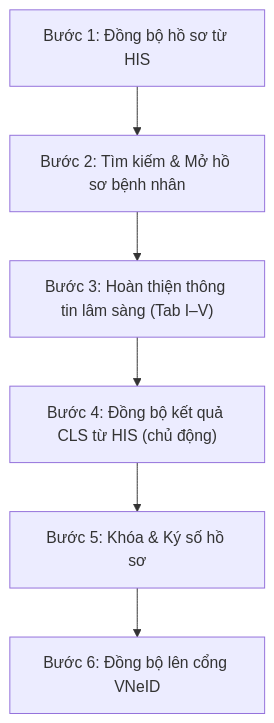
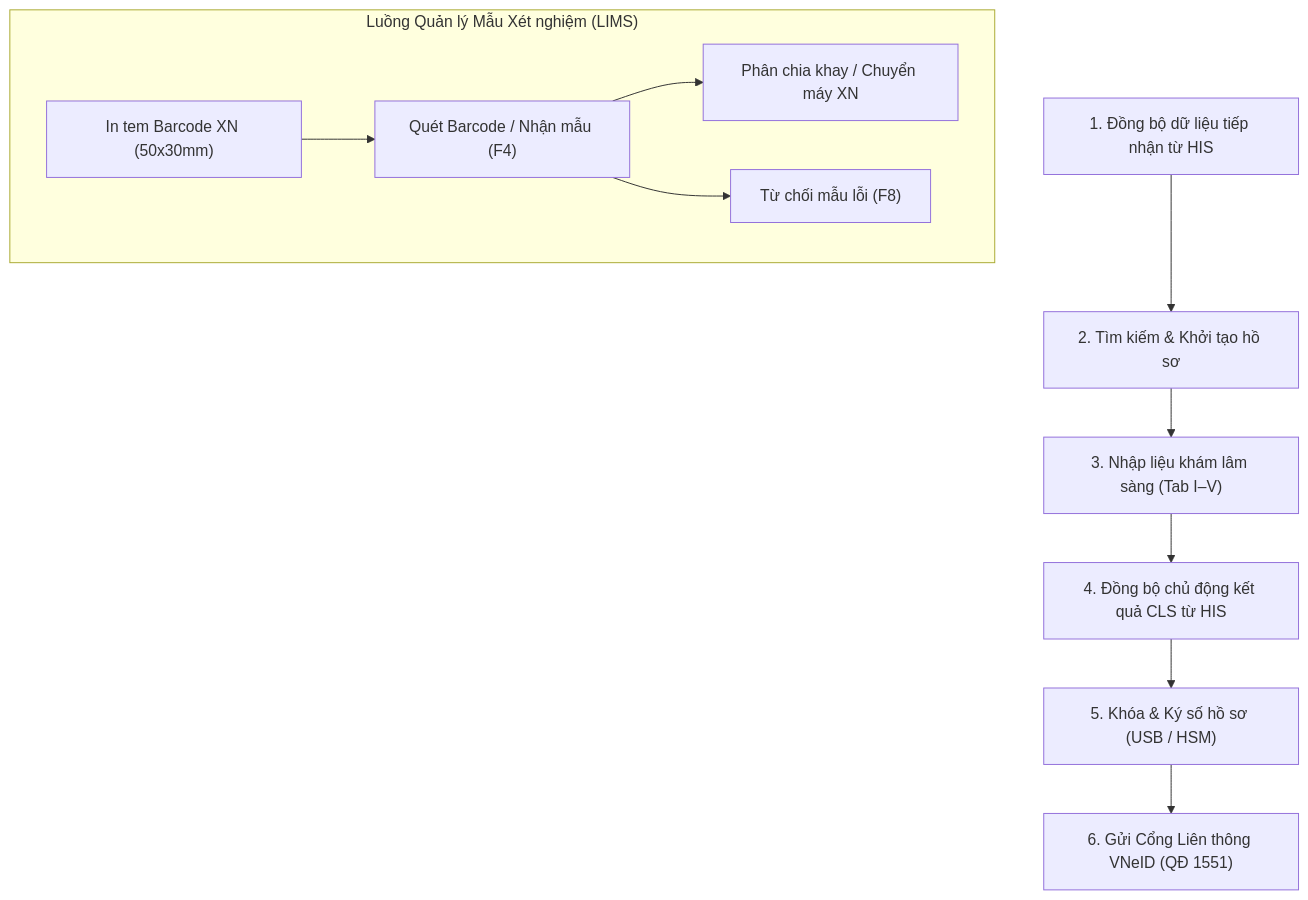
The diagram in modules/health-check-sync/docs/Hướng dẫn sử dụng Module Khám sức khỏe.md (thanhvimes/VIMES_HIS), drawn with Mermaid before and after one commit. The commit also changed other lines of this file and 34 other files, not shown here.

````diff
--- a/modules/health-check-sync/docs/Hướng dẫn sử dụng Module Khám sức khỏe.md
+++ b/modules/health-check-sync/docs/Hướng dẫn sử dụng Module Khám sức khỏe.md
@@ -10,8 +10,14 @@
 ```mermaid
 graph TD
-    A["Bước 1: Đồng bộ hồ sơ từ HIS"] --> B["Bước 2: Tìm kiếm & Mở hồ sơ bệnh nhân"]
-    B --> C["Bước 3: Hoàn thiện thông tin lâm sàng (Tab I–V)"]
-    C --> D["Bước 4: Đồng bộ kết quả CLS từ HIS (chủ động)"]
-    D --> E["Bước 5: Khóa & Ký số hồ sơ"]
-    E --> F["Bước 6: Đồng bộ lên cổng VNeID"]
+    A["1. Đồng bộ dữ liệu tiếp nhận từ HIS"] --> B["2. Tìm kiếm & Khởi tạo hồ sơ"]
+    B --> C["3. Nhập liệu khám lâm sàng (Tab I–V)"]
+    C --> D["4. Đồng bộ chủ động kết quả CLS từ HIS"]
+    D --> E["5. Khóa & Ký số hồ sơ (USB / HSM)"]
+    E --> F["6. Gửi Cổng Liên thông VNeID (QĐ 1551)"]
+    
+    subgraph "Luồng Quản lý Mẫu Xét nghiệm (LIMS)"
+        G["In tem Barcode XN (50x30mm)"] --> H["Quét Barcode / Nhận mẫu (F4)"]
+        H --> I["Phân chia khay / Chuyển máy XN"]
+        H --> J["Từ chối mẫu lỗi (F8)"]
+    end
 ```
````
